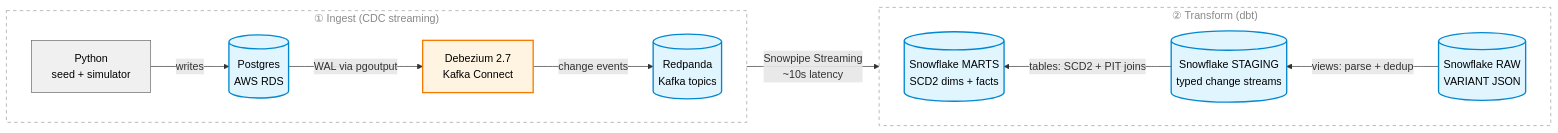
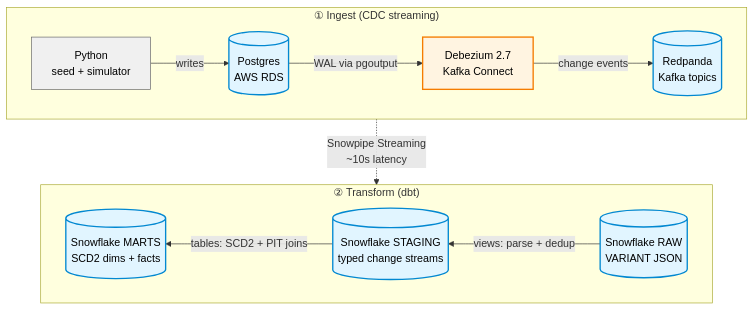
The diagram in README.md (l1n9d/ecommerce_cdc), drawn with Mermaid before and after one commit.

Commit message:
architecture new graph

````diff
--- a/README.md
+++ b/README.md
@@ -7,35 +7,26 @@
 ```mermaid
-flowchart LR
-    Sim["Python<br/>seed + simulator"]
-    PG[("Postgres<br/>AWS RDS")]
-    DBZ["Debezium 2.7<br/>Kafka Connect"]
-    KF[("Redpanda<br/>Kafka topics")]
-    RAW[("Snowflake RAW<br/>VARIANT JSON")]
-    STG[("Snowflake STAGING<br/>typed change streams")]
-    MARTS[("Snowflake MARTS<br/>SCD2 dims + facts")]
-
-    subgraph ingest["① Ingest (CDC streaming)"]
+flowchart TB
+    subgraph Ingest_Phase["① Ingest (CDC streaming)"]
         direction LR
-        Sim -->|writes| PG
-        PG -->|"WAL via pgoutput"| DBZ
-        DBZ -->|"change events"| KF
+        Sim["Python<br/>seed + simulator"] -->|writes| PG[("Postgres<br/>AWS RDS")]
+        PG -->|"WAL via pgoutput"| DBZ["Debezium 2.7<br/>Kafka Connect"]
+        DBZ -->|"change events"| KF[("Redpanda<br/>Kafka topics")]
     end
 
-    subgraph transform["② Transform (dbt)"]
+    subgraph Transform_Phase["② Transform (dbt)"]
         direction RL
-        RAW -->|"views: parse + dedup"| STG
-        STG -->|"tables: SCD2 + PIT joins"| MARTS
+        RAW[("Snowflake RAW<br/>VARIANT JSON")] -->|"views: parse + dedup"| STG[("Snowflake STAGING<br/>typed change streams")]
+        STG -->|"tables: SCD2 + PIT joins"| MARTS[("Snowflake MARTS<br/>SCD2 dims + facts")]
     end
 
-    KF -->|"Snowpipe Streaming<br/>~10s latency"| RAW
+    %% THE FIX: Link the subgraphs, NOT the individual nodes (KF to RAW)
+    Ingest_Phase -.->|"Snowpipe Streaming<br/>~10s latency"| Transform_Phase
 
     classDef storage fill:#e1f5ff,stroke:#0288d1,stroke-width:2px,color:#000
     classDef compute fill:#fff4e1,stroke:#f57c00,stroke-width:2px,color:#000
     classDef python fill:#f0f0f0,stroke:#666,stroke-width:1px,color:#000
-    classDef phase fill:transparent,stroke:#999,stroke-dasharray:5 5,color:#888
 
     class PG,KF,RAW,STG,MARTS storage
     class DBZ compute
     class Sim python
-    class ingest,transform phase
 ```
````
